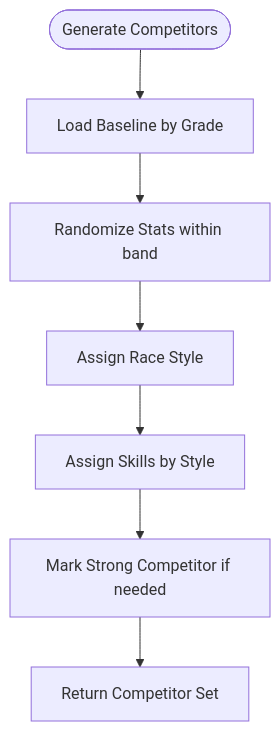
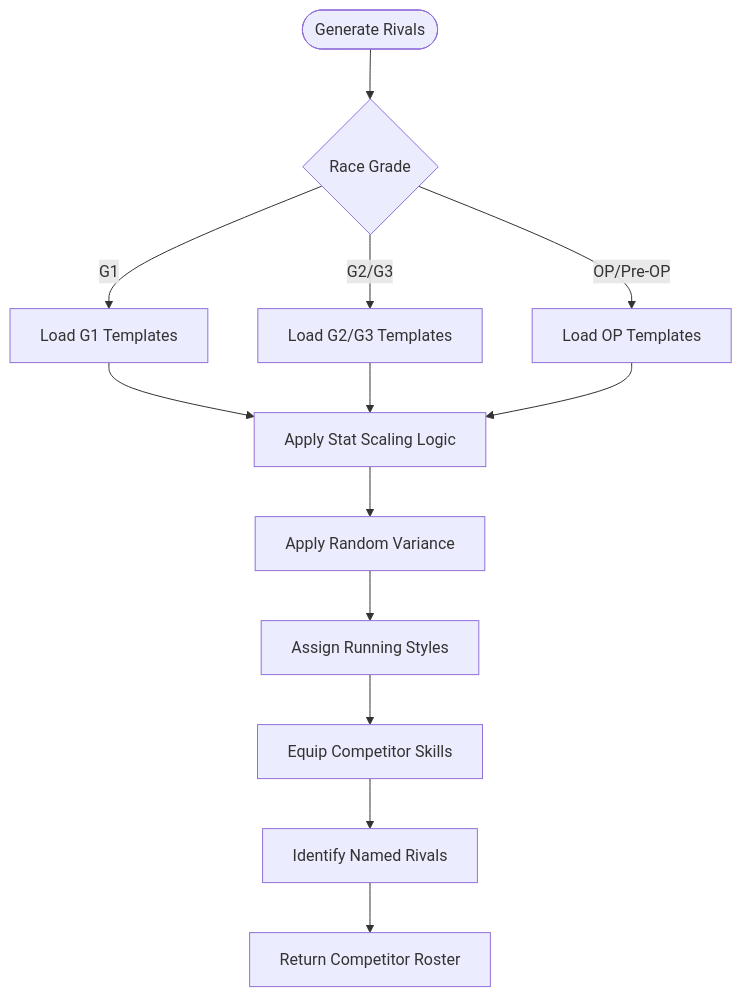
The fifth of 5 diagrams in docs/01-flows/FLOW-003_Race_Strategy_System.md (exatfrds67/umamusume-career-planner), drawn with Mermaid before and after one commit. The commit also changed other lines of this file and 67 other files, not shown here.

````diff
--- a/docs/01-flows/FLOW-003_Race_Strategy_System.md
+++ b/docs/01-flows/FLOW-003_Race_Strategy_System.md
@@ -80,9 +151,20 @@
 ```mermaid
 flowchart TD
-    Start([Generate Competitors]) --> LoadTemplate[Load Baseline by Grade]
-    LoadTemplate --> RandomizeStats[Randomize Stats within band]
-    RandomizeStats --> AssignStyle[Assign Race Style]
-    AssignStyle --> AssignSkills[Assign Skills by Style]
-    AssignSkills --> MarkStrong[Mark Strong Competitor if needed]
-    MarkStrong --> ReturnSet[Return Competitor Set]
+    Start([Generate Rivals]) --> GetRaceGrade{Race Grade}
+    
+    GetRaceGrade -->|G1| TemplateG1[Load G1 Templates]
+    GetRaceGrade -->|G2/G3| TemplateG2[Load G2/G3 Templates]
+    GetRaceGrade -->|OP/Pre-OP| TemplateOP[Load OP Templates]
+    
+    TemplateG1 --> Scaling[Apply Stat Scaling Logic]
+    TemplateG2 --> Scaling
+    TemplateOP --> Scaling
+    
+    Scaling --> Randomize[Apply Random Variance]
+    Randomize --> AssignStyles[Assign Running Styles]
+    
+    AssignStyles --> AssignSkills[Equip Competitor Skills]
+    AssignSkills --> DetermineUnique[Identify Named Rivals]
+    
+    DetermineUnique --> ReturnRoster[Return Competitor Roster]
 ```
````
